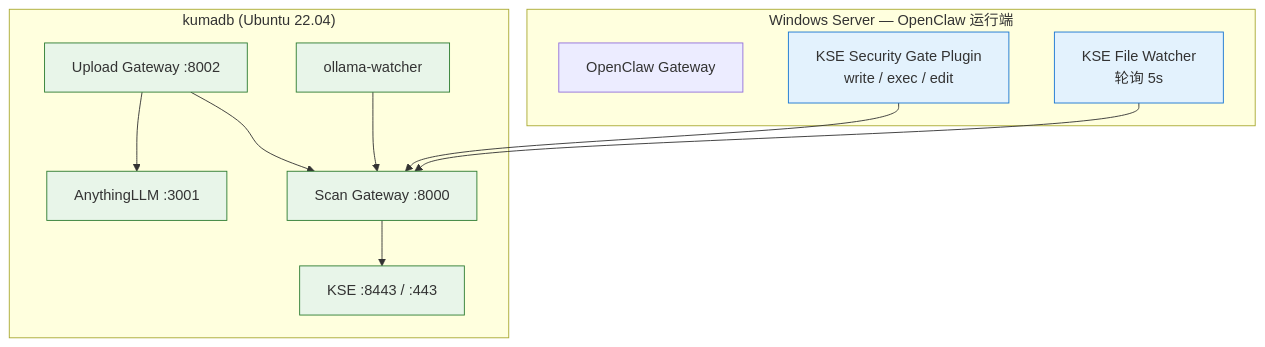
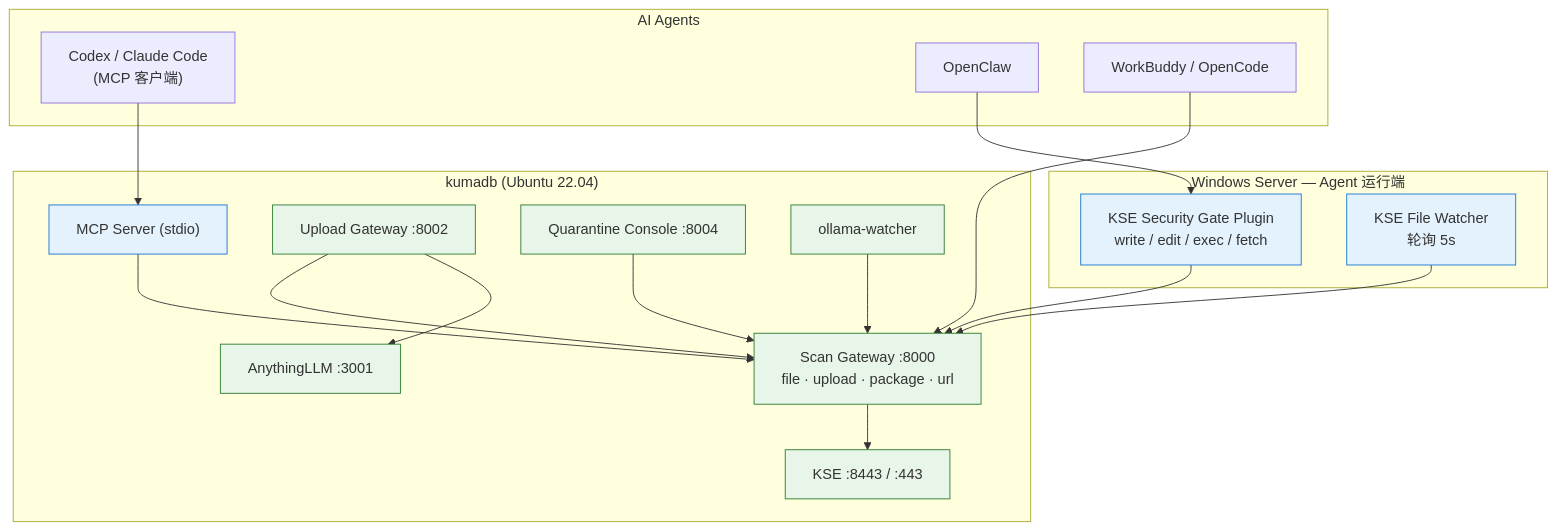
One commit to prellfn/kse-ai-gateway changed the diagram in README.md. Above: the diagram before and after it, drawn with Mermaid. The commit also changed other lines of this file and 16 other files, not shown here.

First line of the commit message:
feat: v1.1 — MCP Server 接入 / URL 扫描 / Skill 包深度扫描 / 隔离区复核台

````diff
--- a/README.md
+++ b/README.md
@@ -53,31 +65,45 @@
 ```mermaid
 graph TB
-    subgraph WS["Windows Server — OpenClaw 运行端"]
-        GW["OpenClaw Gateway"]
-        PLUG["KSE Security Gate Plugin<br/>write / exec / edit"]
+    subgraph AGENTS["AI Agents"]
+        CODEX["Codex / Claude Code<br/>(MCP 客户端)"]
+        OC["OpenClaw"]
+        OTHER["WorkBuddy / OpenCode"]
+    end
+
+    subgraph WS["Windows Server — Agent 运行端"]
+        PLUG["KSE Security Gate Plugin<br/>write / edit / exec / fetch"]
         FW["KSE File Watcher<br/>轮询 5s"]
     end
 
     subgraph LINUX["kumadb (Ubuntu 22.04)"]
+        MCPS["MCP Server (stdio)"]
+        SG["Scan Gateway :8000<br/>file · upload · package · url"]
+        UG["Upload Gateway :8002"]
+        QC["Quarantine Console :8004"]
+        OW["ollama-watcher"]
         KSE["KSE :8443 / :443"]
-        SG["Scan Gateway :8000"]
-        UG["Upload Gateway :8002"]
-        OW["ollama-watcher"]
         LLM["AnythingLLM :3001"]
     end
 
+    CODEX --> MCPS
+    OTHER --> SG
+    OC --> PLUG
     PLUG --> SG
     FW --> SG
+    MCPS --> SG
+    UG --> SG
+    QC --> SG
+    OW --> SG
     SG --> KSE
-    UG --> SG
     UG --> LLM
-    OW --> SG
 
     style PLUG fill:#e3f2fd,stroke:#1976d2
     style FW fill:#e3f2fd,stroke:#1976d2
-    style KSE fill:#e8f5e9,stroke:#2e7d32
+    style MCPS fill:#e3f2fd,stroke:#1976d2
     style SG fill:#e8f5e9,stroke:#2e7d32
     style UG fill:#e8f5e9,stroke:#2e7d32
+    style QC fill:#e8f5e9,stroke:#2e7d32
     style OW fill:#e8f5e9,stroke:#2e7d32
+    style KSE fill:#e8f5e9,stroke:#2e7d32
     style LLM fill:#e8f5e9,stroke:#2e7d32
 ```
````
